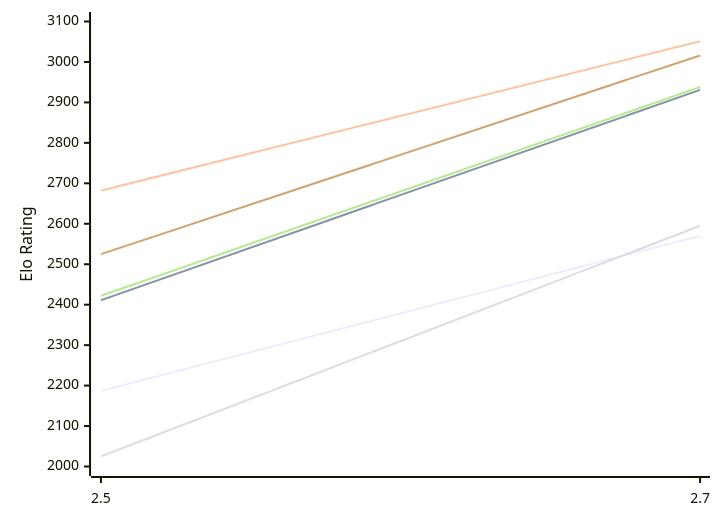
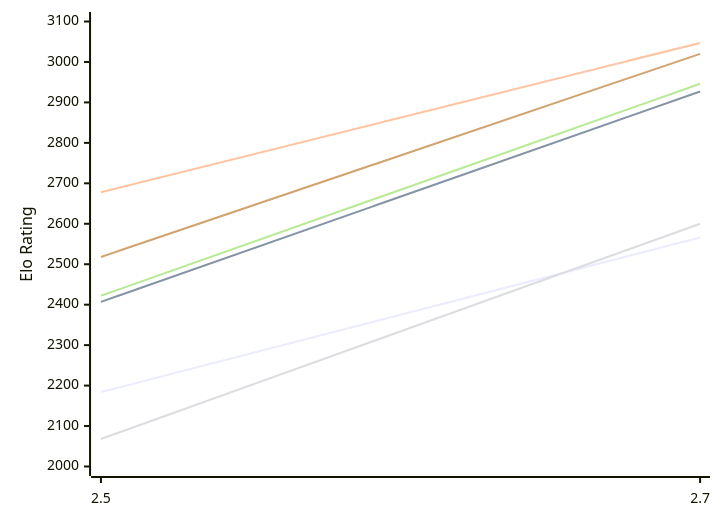
One commit to computer-chess-index/cci changed the first of 2 diagrams in engines/Zevra.md. Above: the diagram before and after it, drawn with Mermaid. The commit also changed other lines of this file, not shown here.

Commit message:
Update CCI Ratings (ELO VLTC) - 2026-11-21

````diff
--- a/engines/Zevra.md
+++ b/engines/Zevra.md
@@ -50,12 +50,12 @@
 ```mermaid
 %%{init: {"theme":"base","themeVariables":{"seriesColors:['#a3a3a3','#222221','#faa371']}}}%%
 xychart-beta
   x-axis ["2.5", "2.7"]
   y-axis "Elo Rating" 2000 --> 3100
-  line "E1: STC (8.0+0.08s)" [2187, 2570]
-  line "E1: LTC (60.0+0.60s)" [2411, 2931]
-  line "E1: VLTC (2m24s+1.12s)" [2682, 3051]
-  line "P1: STC (8.0+0.08s)" [2025, 2595]
-  line "P1: LTC (60.0+0.60s)" [2422, 2938]
-  line "P1: VLTC (2m24s+1.12s)" [2525, 3016]
+  line "E1: STC (8.0+0.08s)" [2184, 2566]
+  line "E1: LTC (60.0+0.60s)" [2407, 2927]
+  line "E1: VLTC (2m24s+1.12s)" [2678, 3047]
+  line "P1: STC (8.0+0.08s)" [2068, 2600]
+  line "P1: LTC (60.0+0.60s)" [2422, 2946]
+  line "P1: VLTC (2m24s+1.12s)" [2518, 3020]
 ```
````
